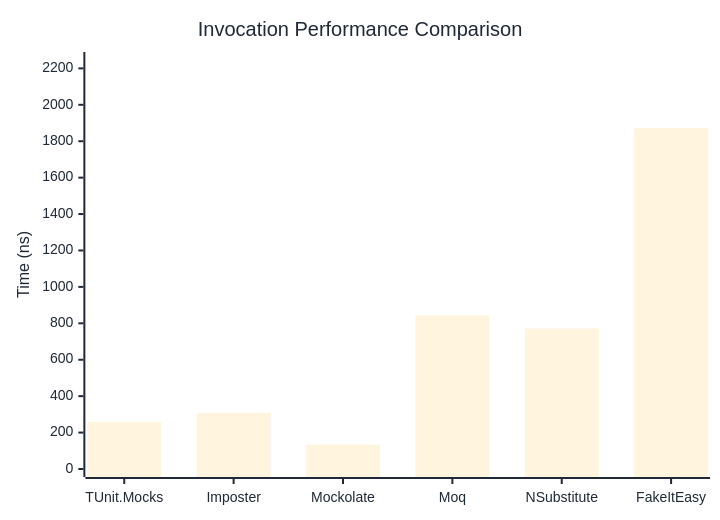
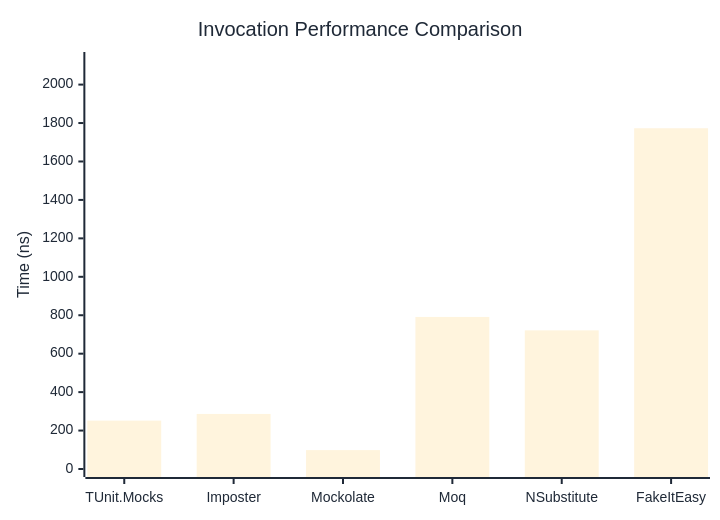
Before and after one commit to thomhurst/TUnit: the first of 3 diagrams in docs/docs/benchmarks/mocks/Invocation.md, drawn with Mermaid. The commit also changed other lines of this file and 14 other files, not shown here.

````diff
--- a/docs/docs/benchmarks/mocks/Invocation.md
+++ b/docs/docs/benchmarks/mocks/Invocation.md
@@ -28,27 +28,27 @@
 ```mermaid
 %%{init: {
   'theme':'base',
   'themeVariables': {
     'primaryColor': '#2563eb',
     'primaryTextColor': '#1f2937',
     'primaryBorderColor': '#1e40af',
     'lineColor': '#6b7280',
     'secondaryColor': '#7c3aed',
     'tertiaryColor': '#dc2626',
     'background': '#ffffff',
     'pie1': '#2563eb',
     'pie2': '#7c3aed',
     'pie3': '#dc2626',
     'pie4': '#f59e0b',
     'pie5': '#10b981',
     'pie6': '#06b6d4',
     'pie7': '#ec4899',
     'pie8': '#6366f1'
   }
 }}%%
 xychart-beta
   title "Invocation Performance Comparison"
   x-axis ["TUnit.Mocks", "Imposter", "Mockolate", "Moq", "NSubstitute", "FakeItEasy"]
-  y-axis "Time (ns)" 0 --> 2246
-  bar [258.5, 307.9, 134, 843.4, 771.7, 1871]
+  y-axis "Time (ns)" 0 --> 2128
+  bar [251.77, 286.5, 98.31, 791.25, 721.26, 1772.96]
 ```
````
